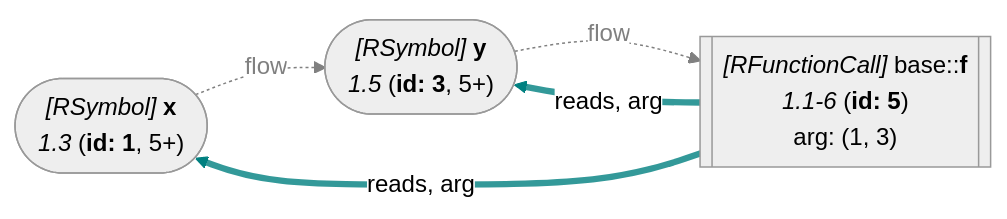
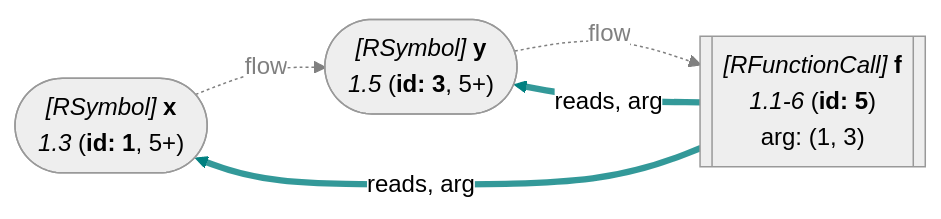
One commit to flowr-analysis/flowr changed diagram 44 of 60 in wiki/Dataflow Graph.md. Above: the diagram before and after it, drawn with Mermaid (neutral theme). The commit also changed other lines of this file and 208 other files, not shown here.

````diff
--- a/wiki/Dataflow Graph.md
+++ b/wiki/Dataflow Graph.md
@@ -4610,18 +4610,18 @@
 ```mermaid
 flowchart LR
     1(["`*#91;RSymbol#93;* **x**
       *1.3* (**id: 1**, 5+)`"])
     3(["`*#91;RSymbol#93;* **y**
       *1.5* (**id: 3**, 5+)`"])
-    5[["`*#91;RFunctionCall#93;* base#58;#58;**f**
+    5[["`*#91;RFunctionCall#93;* **f**
       *1.1-6* (**id: 5**)
     arg: (1, 3)`"]]
     1 -.->|"flow"| 3
     linkStyle 0 stroke:gray,color:gray;
     3 -.->|"flow"| 5
     linkStyle 1 stroke:gray,color:gray;
     5 -->|"reads, arg"| 1
     linkStyle 2 stroke:teal,stroke-width:4.2px,stroke-opacity:.8
     5 -->|"reads, arg"| 3
     linkStyle 3 stroke:teal,stroke-width:4.2px,stroke-opacity:.8
 ```
````
